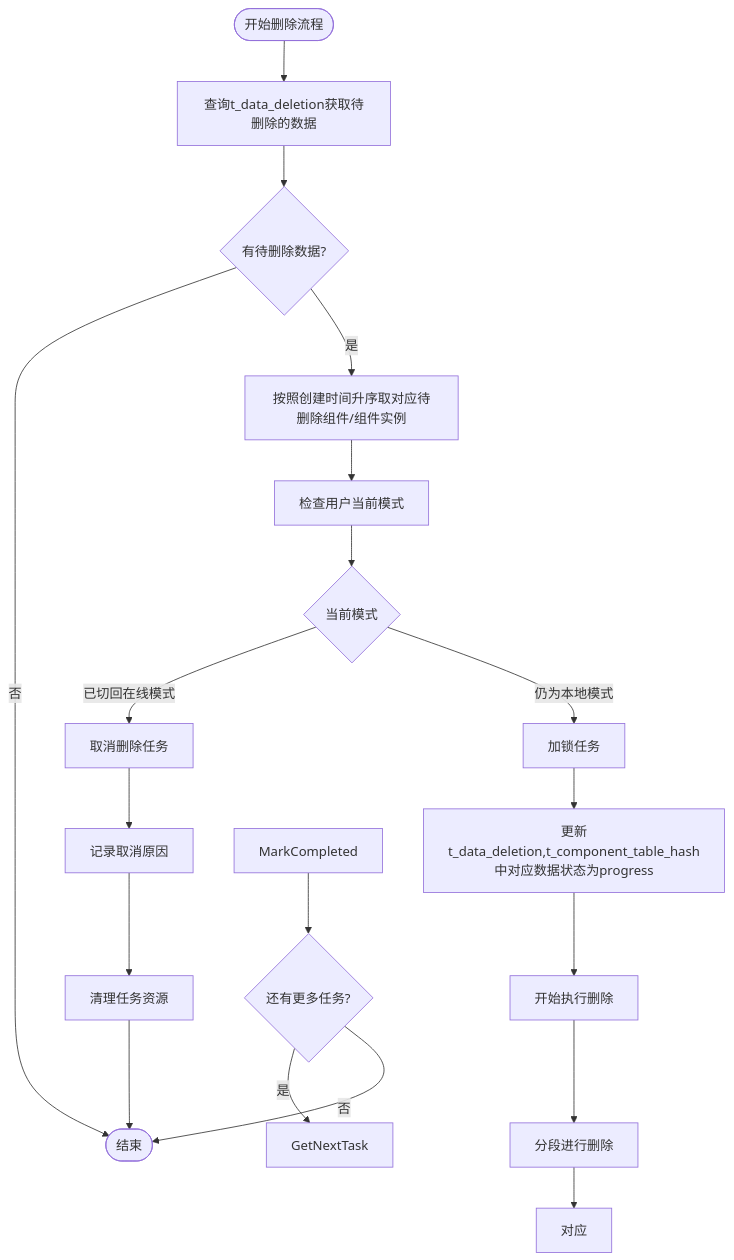
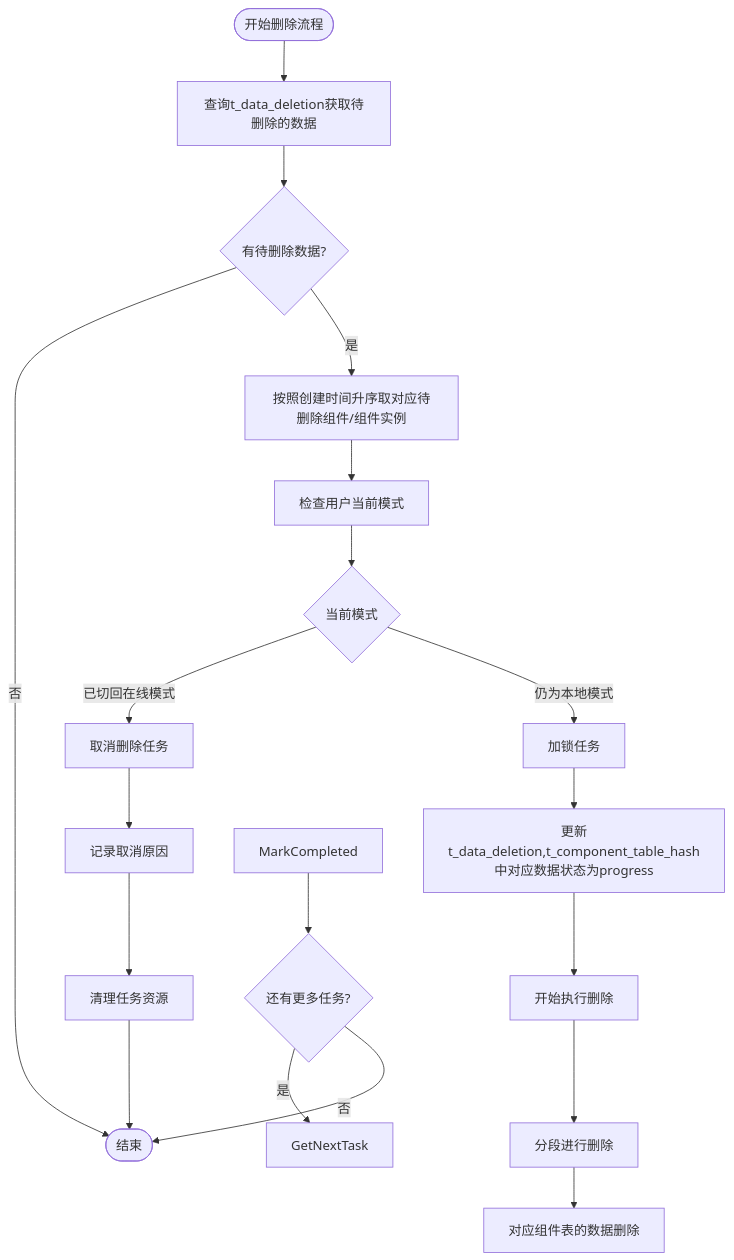
The diagram in all/未命名-51.md (yingjianzh/iodraw-files), drawn with Mermaid before and after one commit.

Commit message:
2025-05-08 15:31:44 update

````diff
--- a/all/未命名-51.md
+++ b/all/未命名-51.md
@@ -1,30 +1,30 @@
 ```mermaid
 flowchart TD
     Start([开始删除流程]) --> FetchTasks[查询t_data_deletion获取待删除的数据]
     FetchTasks --> HasTasks{有待删除数据?}
     
     HasTasks -->|否| End([结束])
     HasTasks -->|是| PrioritizeTasks[按照创建时间升序取对应待删除组件/组件实例]
     
     PrioritizeTasks --> CheckUserMode[检查用户当前模式]
     
     CheckUserMode --> CurrentMode{当前模式}
     CurrentMode -->|已切回在线模式| TaskCancel[取消删除任务]
     CurrentMode -->|仍为本地模式| LockTask[加锁任务]
     
     LockTask --> UpdateStatus[更新t_data_deletion,t_component_table_hash中对应数据状态为progress]
     UpdateStatus --> BeginDeletion[开始执行删除]
     
     BeginDeletion --> A[分段进行删除]
     
-    A --> B[对应]
+    A --> B[对应组件表的数据删除]
     
     TaskCancel --> LogCancellation[记录取消原因]
     LogCancellation --> CleanupTask[清理任务资源]
     
     MarkCompleted --> CheckMoreTasks{还有更多任务?}
     CheckMoreTasks -->|是| GetNextTask
     CheckMoreTasks -->|否| End
     
     CleanupTask --> End
 ```
````
